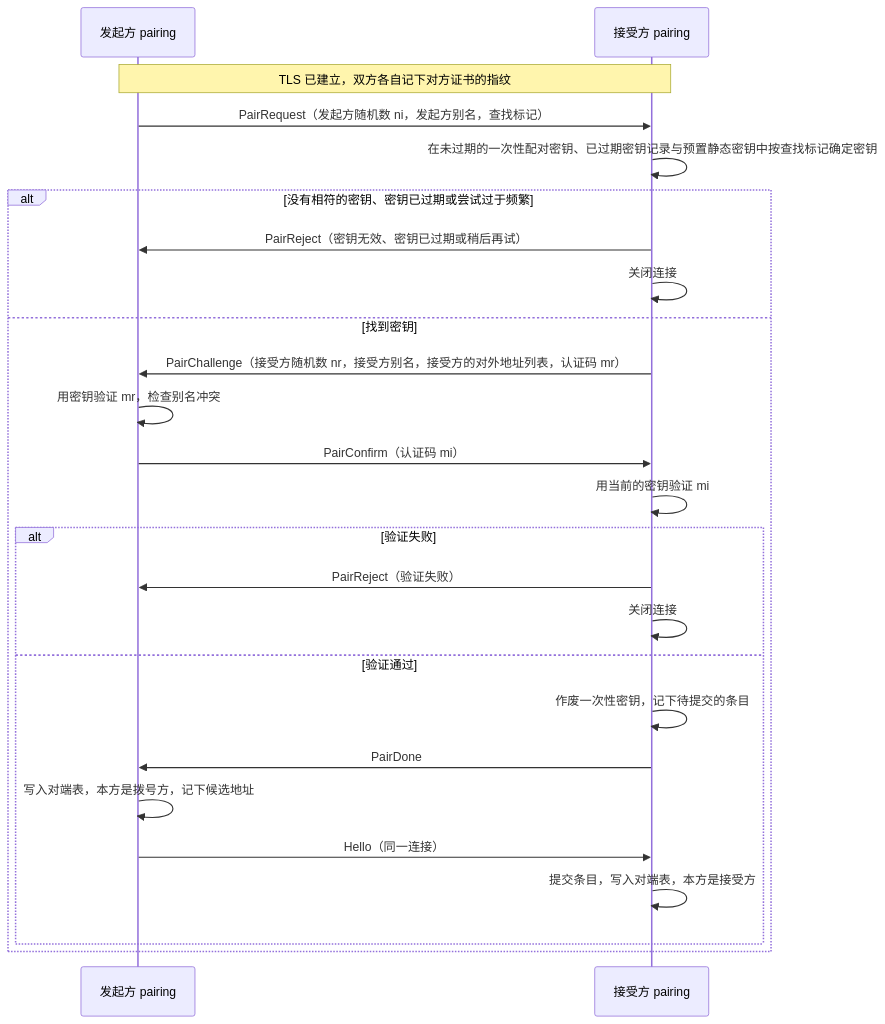
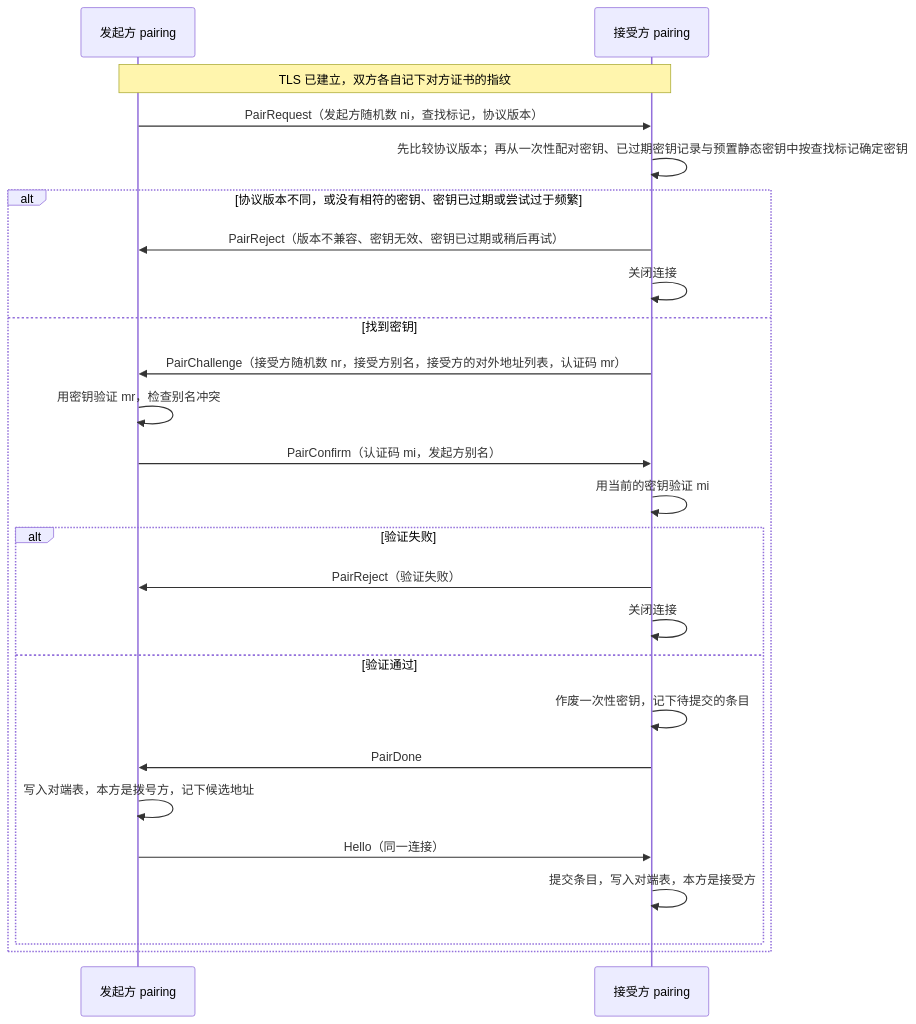
The diagram in docs/design/modules/design-pairing.md (wangzw/peers), drawn with Mermaid before and after one commit. The commit also changed other lines of this file and 17 other files, not shown here.

````diff
--- a/docs/design/modules/design-pairing.md
+++ b/docs/design/modules/design-pairing.md
@@ -124,27 +124,27 @@
 ```mermaid
 sequenceDiagram
     participant I as 发起方 pairing
     participant R as 接受方 pairing
     Note over I,R: TLS 已建立，双方各自记下对方证书的指纹
-    I->>R: PairRequest（发起方随机数 ni，发起方别名，查找标记）
-    R->>R: 在未过期的一次性配对密钥、已过期密钥记录与预置静态密钥中按查找标记确定密钥
-    alt 没有相符的密钥、密钥已过期或尝试过于频繁
-        R->>I: PairReject（密钥无效、密钥已过期或稍后再试）
+    I->>R: PairRequest（发起方随机数 ni，查找标记，协议版本）
+    R->>R: 先比较协议版本；再从一次性配对密钥、已过期密钥记录与预置静态密钥中按查找标记确定密钥
+    alt 协议版本不同，或没有相符的密钥、密钥已过期或尝试过于频繁
+        R->>I: PairReject（版本不兼容、密钥无效、密钥已过期或稍后再试）
         R->>R: 关闭连接
     else 找到密钥
         R->>I: PairChallenge（接受方随机数 nr，接受方别名，接受方的对外地址列表，认证码 mr）
         I->>I: 用密钥验证 mr，检查别名冲突
-        I->>R: PairConfirm（认证码 mi）
+        I->>R: PairConfirm（认证码 mi，发起方别名）
         R->>R: 用当前的密钥验证 mi
         alt 验证失败
             R->>I: PairReject（验证失败）
             R->>R: 关闭连接
         else 验证通过
             R->>R: 作废一次性密钥，记下待提交的条目
             R->>I: PairDone
             I->>I: 写入对端表，本方是拨号方，记下候选地址
             I->>R: Hello（同一连接）
             R->>R: 提交条目，写入对端表，本方是接受方
         end
     end
 ```
````
